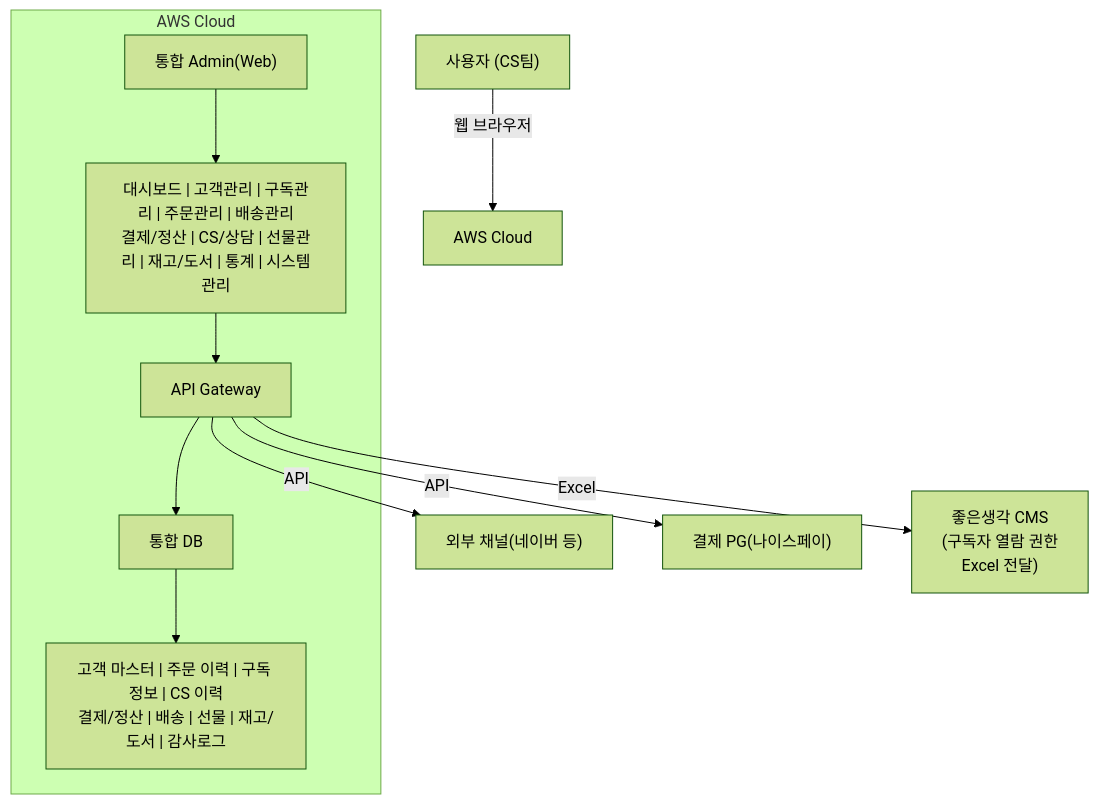
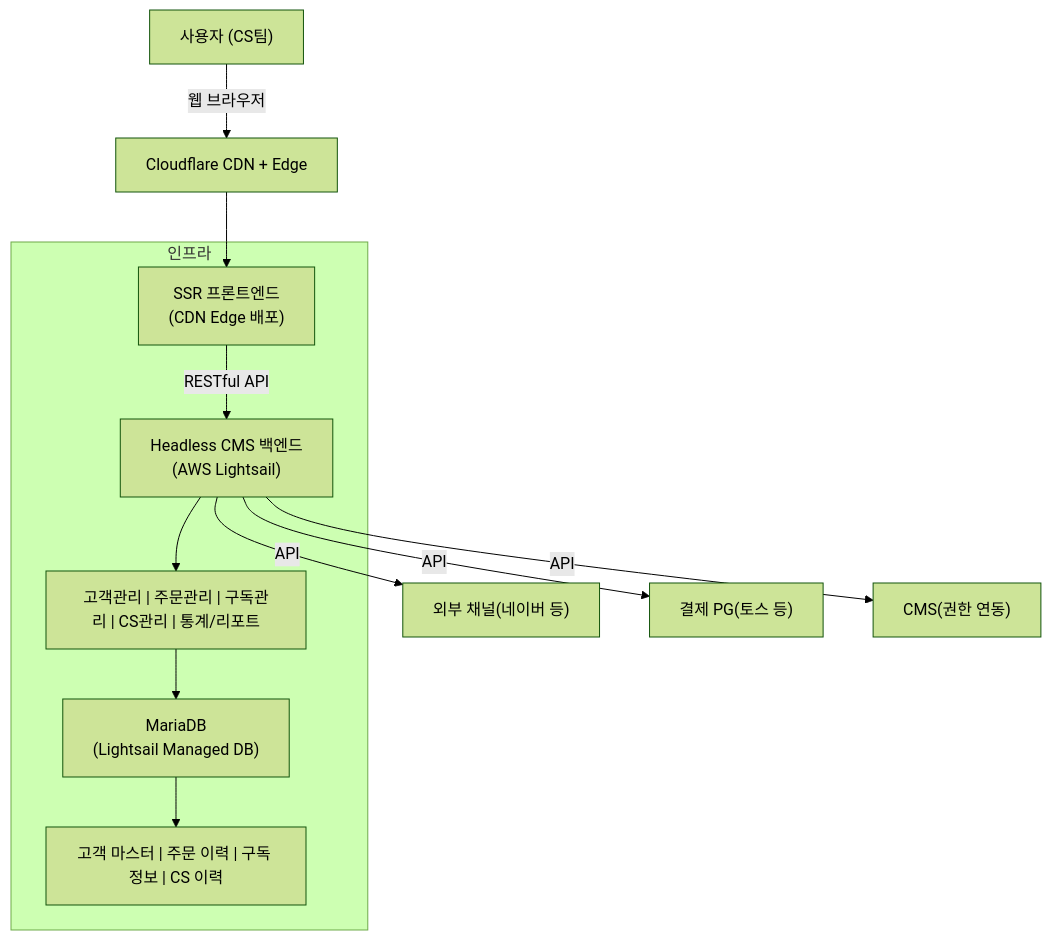
One commit to sknkwoxs/manual-book changed the second of 2 diagrams in src/content/docs/goodthinking-isp/04-design/index.md. Above: the diagram before and after it, drawn with Mermaid (forest theme). The commit also changed other lines of this file and 6 other files, not shown here.

````diff
--- a/src/content/docs/goodthinking-isp/04-design/index.md
+++ b/src/content/docs/goodthinking-isp/04-design/index.md
@@ -45,24 +45,24 @@
 ```mermaid
 graph TB
     User["사용자 (CS팀)"]
-    User -->|웹 브라우저| GW["AWS Cloud"]
+    User -->|웹 브라우저| CF["Cloudflare CDN + Edge"]
     
-    subgraph AWS["AWS Cloud"]
-        Admin["통합 Admin(Web)"]
-        Admin_Modules["대시보드 | 고객관리 | 구독관리 | 주문관리 | 배송관리<br/>결제/정산 | CS/상담 | 선물관리 | 재고/도서 | 통계 | 시스템관리"]
+    subgraph Infra["인프라"]
+        Frontend["SSR 프론트엔드<br/>(CDN Edge 배포)"]
+        Backend["Headless CMS 백엔드<br/>(AWS Lightsail)"]
+        Admin_Modules["고객관리 | 주문관리 | 구독관리 | CS관리 | 통계/리포트"]
         
-        DB["통합 DB"]
-        DB_Tables["고객 마스터 | 주문 이력 | 구독 정보 | CS 이력<br/>결제/정산 | 배송 | 선물 | 재고/도서 | 감사로그"]
+        DB["MariaDB<br/>(Lightsail Managed DB)"]
+        DB_Tables["고객 마스터 | 주문 이력 | 구독 정보 | CS 이력"]
         
-        APIGateway["API Gateway"]
-        
-        Admin --> Admin_Modules
-        Admin_Modules --> APIGateway
-        APIGateway --> DB
+        Frontend -->|RESTful API| Backend
+        Backend --> Admin_Modules
+        Admin_Modules --> DB
         DB --> DB_Tables
     end
     
-    APIGateway -->|API| Channel["외부 채널(네이버 등)"]
-    APIGateway -->|API| PG["결제 PG(나이스페이)"]
-    APIGateway -->|Excel| CMS["좋은생각 CMS<br/>(구독자 열람 권한<br/>Excel 전달)"]
+    CF --> Frontend
+    Backend -->|API| Channel["외부 채널(네이버 등)"]
+    Backend -->|API| PG["결제 PG(토스 등)"]
+    Backend -->|API| CMS["CMS(권한 연동)"]
 ```
````
